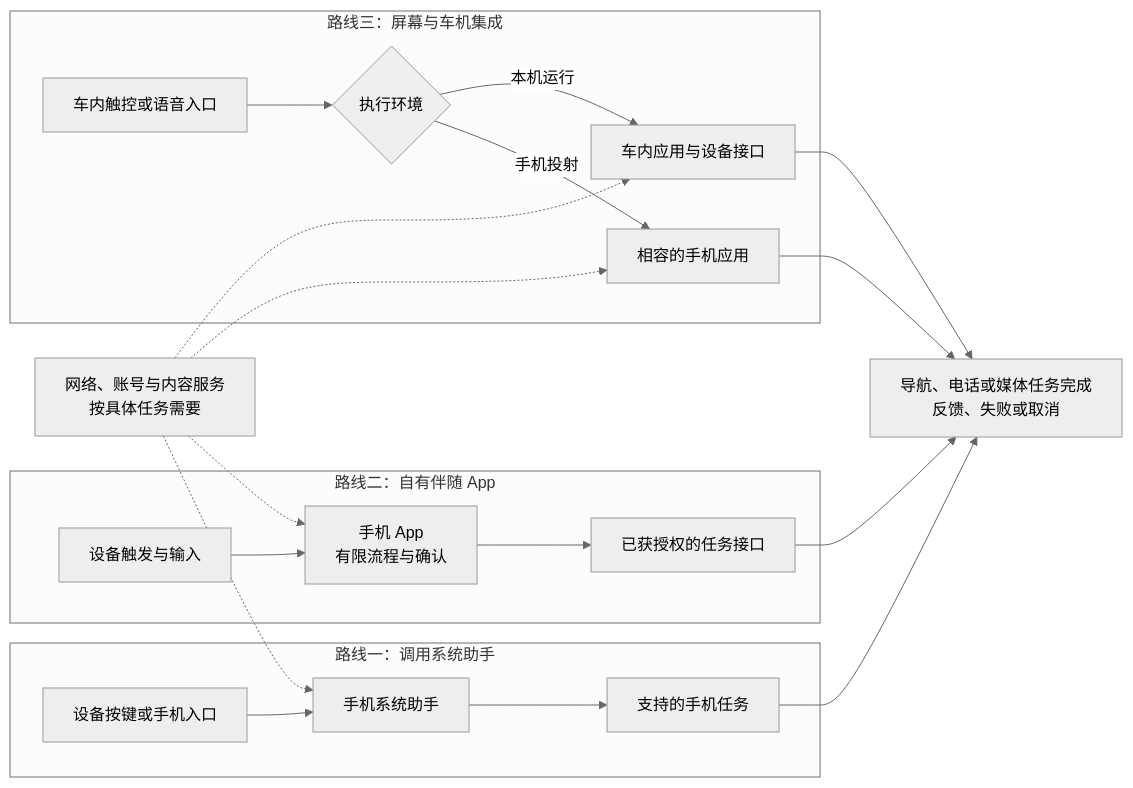
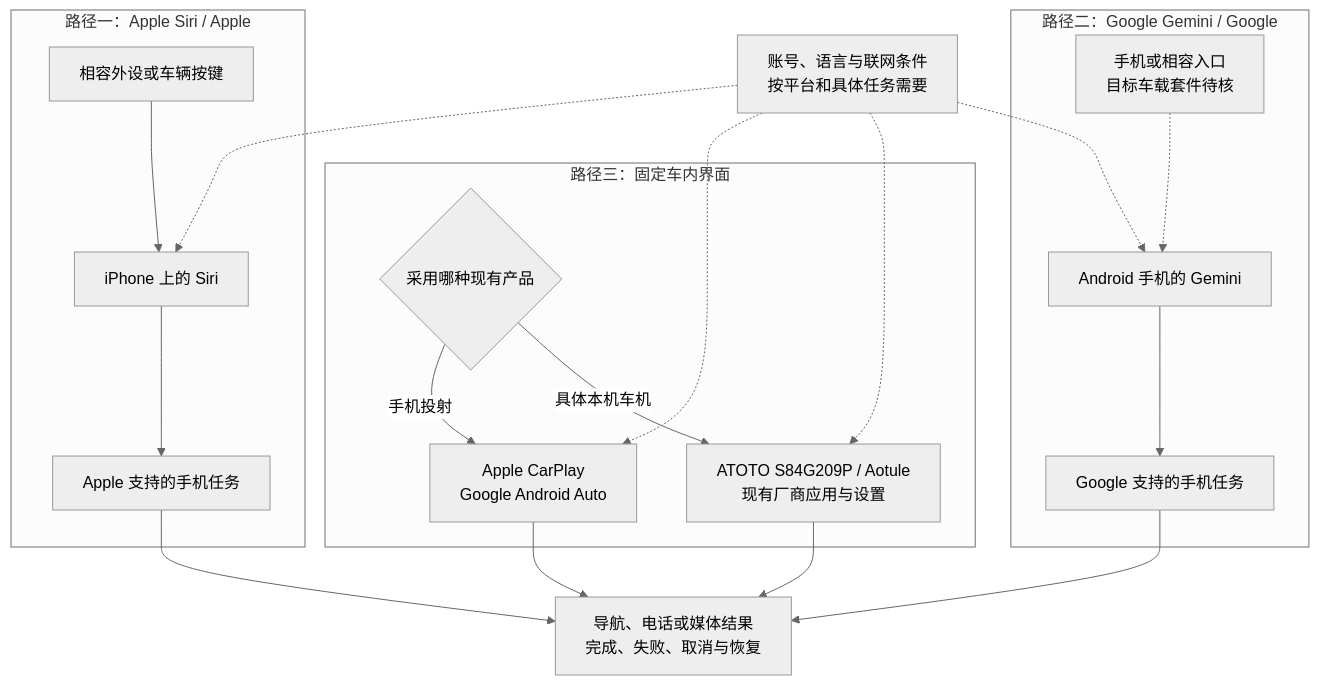
One commit to DreamSoul-AI/in-vehicle-ai-research changed the third of 9 diagrams in content/research.md. Above: the diagram before and after it, drawn with Mermaid (neutral theme). The commit also changed other lines of this file and 25 other files, not shown here.

````diff
--- a/content/research.md
+++ b/content/research.md
@@ -166,32 +155,32 @@
 ```mermaid
-%% title: 三种任务接入路线
-%% 图2 三种任务接入路线。分析示意，实线为任务/反馈，虚线为可选依赖。
-%% 来源 https://support.avantree.com/hc/en-us/articles/50767188774937-How-to-Make-a-Call-by-Voice-Command
-%% 来源 https://developer.apple.com/carplay/
-%% 来源 https://developer.android.com/training/cars/platforms/android-auto
-%% 来源 https://source.android.com/docs/automotive/start/what_automotive
-flowchart LR
-  subgraph A["路线一：调用系统助手"]
-    A1["设备按键或手机入口"] --> A2["手机系统助手"]
-    A2 --> A3["支持的手机任务"]
+%% title: 三种现有平台接入路径
+%% 分析示意；Gemini目标车载外设入口待核，不代表所有蓝牙套件兼容。
+%% 来源 https://support.apple.com/en-ie/guide/iphone/iph0aa8c80e6/27/ios/27
+%% 来源 https://support.google.com/gemini/answer/15456140?hl=en
+%% 来源 https://support.google.com/gemini/answer/16735982?hl=en
+%% 来源 https://www.atotodirect.com/en-gb/pages/manual-460-en
+flowchart TB
+  subgraph A["路径一：Apple Siri / Apple"]
+    A1["相容外设或车辆按键"] --> A2["iPhone 上的 Siri"]
+    A2 --> A3["Apple 支持的手机任务"]
   end
-  subgraph B["路线二：自有伴随 App"]
-    B1["设备触发与输入"] --> B2["手机 App<br/>有限流程与确认"]
-    B2 --> B3["已获授权的任务接口"]
+  subgraph B["路径二：Google Gemini / Google"]
+    B1["手机或相容入口<br/>目标车载套件待核"] -.-> B2["Android 手机的 Gemini"]
+    B2 --> B3["Google 支持的手机任务"]
   end
-  subgraph C["路线三：屏幕与车机集成"]
-    C1["车内触控或语音入口"] --> C2{"执行环境"}
-    C2 -->|"手机投射"| C3["相容的手机应用"]
-    C2 -->|"本机运行"| C4["车内应用与设备接口"]
+  subgraph C["路径三：固定车内界面"]
+    C1{"采用哪种现有产品"}
+    C1 -->|"手机投射"| C2["Apple CarPlay<br/>Google Android Auto"]
+    C1 -->|"具体本机车机"| C3["ATOTO S84G209P / Aotule<br/>现有厂商应用与设置"]
   end
-  CLOUD["网络、账号与内容服务<br/>按具体任务需要"]
-  RESULT["导航、电话或媒体任务完成<br/>反馈、失败或取消"]
-  CLOUD -.-> A2
-  CLOUD -.-> B2
-  CLOUD -.-> C3
-  CLOUD -.-> C4
+  SERVICE["账号、语言与联网条件<br/>按平台和具体任务需要"]
+  RESULT["导航、电话或媒体结果<br/>完成、失败、取消与恢复"]
+  SERVICE -.-> A2
+  SERVICE -.-> B2
+  SERVICE -.-> C2
+  SERVICE -.-> C3
   A3 --> RESULT
   B3 --> RESULT
+  C2 --> RESULT
   C3 --> RESULT
-  C4 --> RESULT
 ```
````
